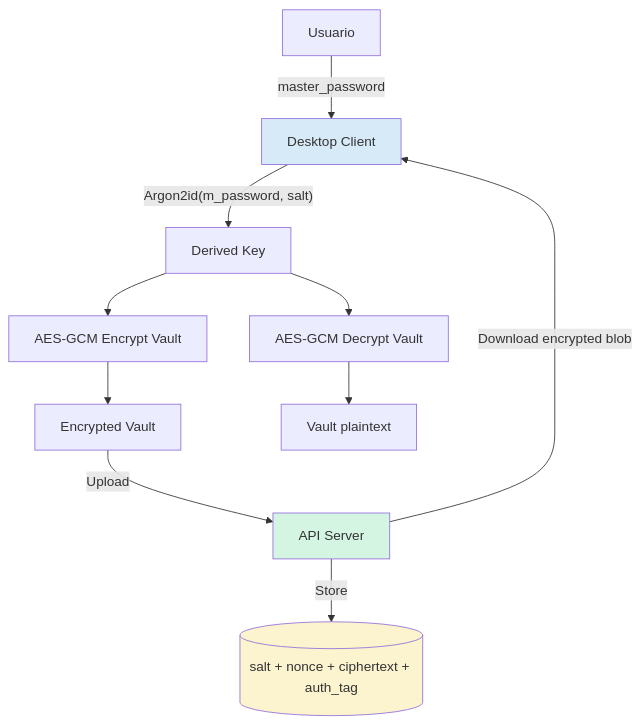
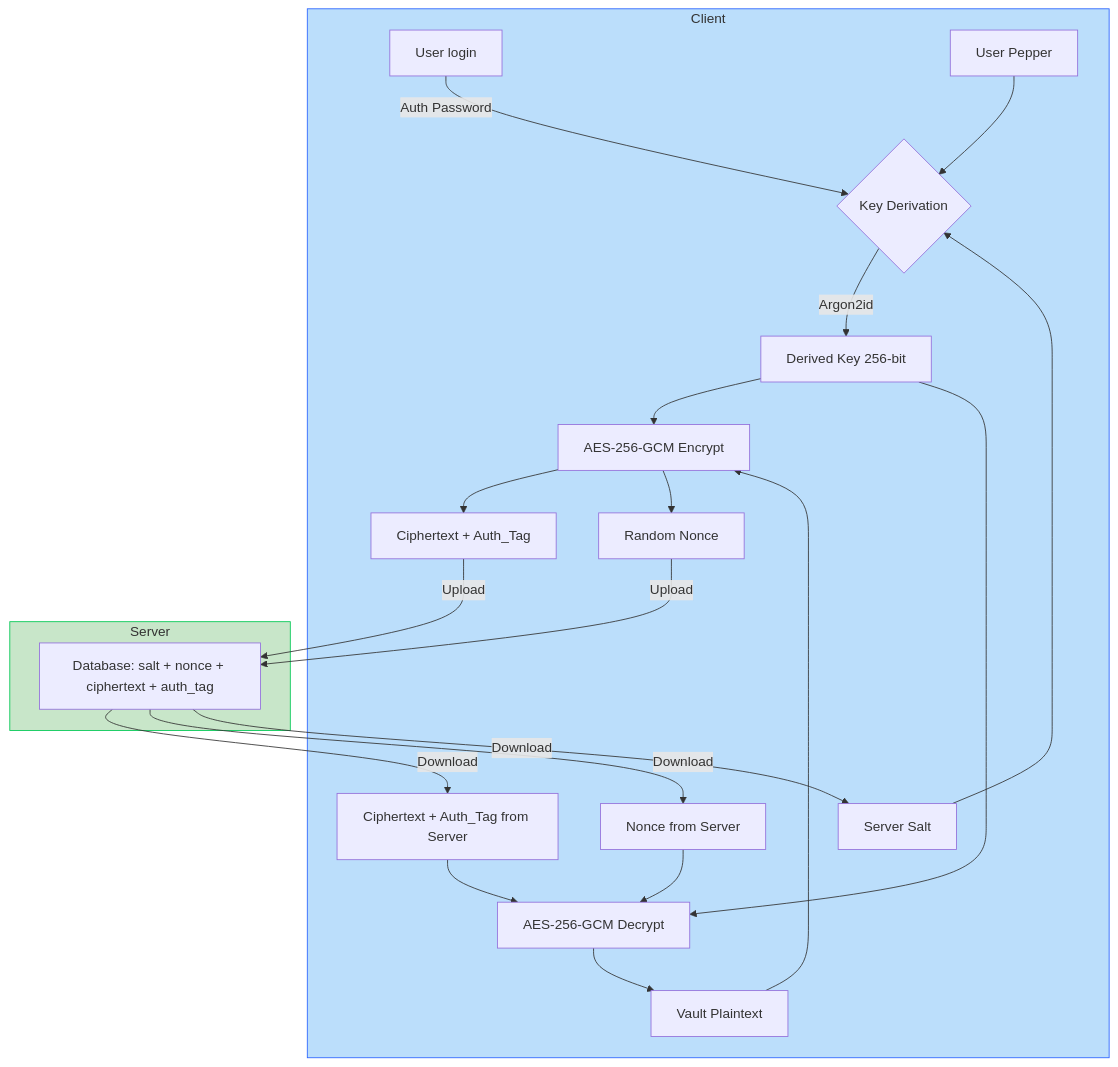
One commit to DavidHerencia/password_manager_crypto changed the seventh of 9 diagrams in INFORME_TECNICO.md. Above: the diagram before and after it, drawn with Mermaid. The commit also changed other lines of this file and 1 other file, not shown here.

Commit message:
feat: update informe and readme

````diff
--- a/INFORME_TECNICO.md
+++ b/INFORME_TECNICO.md
@@ -376,22 +376,37 @@
 ```mermaid
-flowchart TD
-    U[Usuario] -->|"master_password"| C[Desktop Client]
-    
-    C -->|"Argon2id(m_password, salt)"| K[Derived Key]
-    
-    K --> AES_ENC[AES-GCM Encrypt Vault]
-    AES_ENC --> V[Encrypted Vault]
-    
-    V -->|"Upload"| API[API Server]
-    
-    API -->|"Store"| DB[(salt + nonce + ciphertext + auth_tag)]
-    
-    API -->|"Download encrypted blob"| C
-    
-    K --> AES_DEC[AES-GCM Decrypt Vault]
-    AES_DEC --> Vault[Vault plaintext]
-    
-    style C fill:#D6EAF8
-    style API fill:#D5F5E3
-    style DB fill:#FCF3CF
+flowchart TB
+ subgraph subGraph0["Client"]
+        C{"Key Derivation"}
+        U["User login"]
+        S["Server Salt"]
+        P["User Pepper"]
+        K["Derived Key 256-bit"]
+        ENC["AES-256-GCM Encrypt"]
+        V_PT["Vault Plaintext"]
+        V_CT["Ciphertext + Auth_Tag"]
+        N["Random Nonce"]
+        DEC["AES-256-GCM Decrypt"]
+        V_CT_IN["Ciphertext + Auth_Tag from Server"]
+        N_IN["Nonce from Server"]
+  end
+ subgraph subGraph1["Server"]
+        DB["Database: salt + nonce + ciphertext + auth_tag"]
+  end
+    U -- Auth Password --> C
+    P --> C
+    S --> C
+    C -- Argon2id --> K
+    V_PT --> ENC
+    K --> ENC & DEC
+    ENC --> V_CT & N
+    V_CT_IN --> DEC
+    N_IN --> DEC
+    DEC --> V_PT
+    V_CT -- Upload --> DB
+    N -- Upload --> DB
+    DB -- Download --> V_CT_IN & N_IN & S
+
+
+    style subGraph1 fill:#C8E6C9,stroke:#00C853
+    style subGraph0 fill:#BBDEFB,stroke:#2962FF
 ```
````
